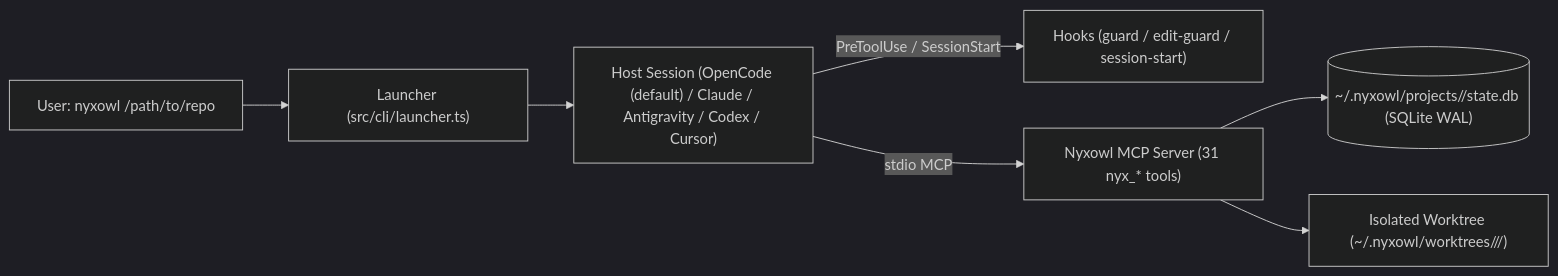
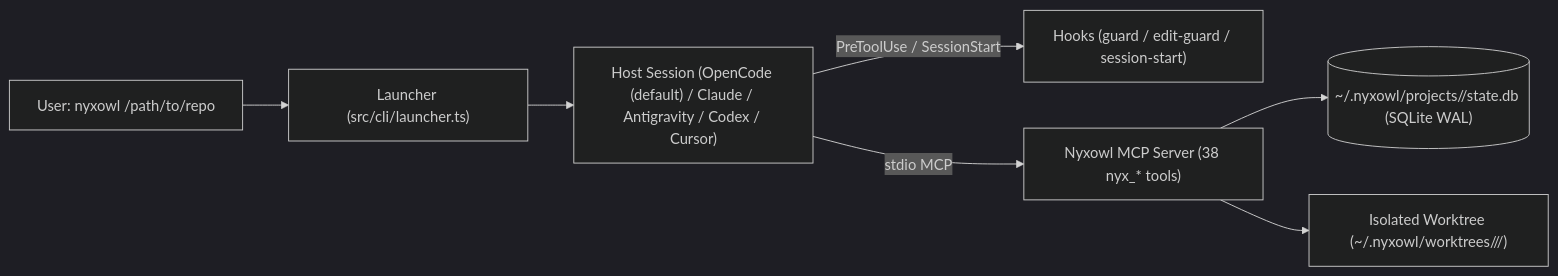
Before and after one commit to nightowl6am-lab/nyxowl: the diagram in docs/architecture.md, drawn with Mermaid (dark theme). The commit also changed other lines of this file and 47 other files, not shown here.

````diff
--- a/docs/architecture.md
+++ b/docs/architecture.md
@@ -10,9 +10,9 @@
 ```mermaid
 flowchart LR
     U["User: nyxowl /path/to/repo"] --> L["Launcher (src/cli/launcher.ts)"]
     L --> H["Host Session (OpenCode (default) / Claude / Antigravity / Codex / Cursor)"]
     H -- "PreToolUse / SessionStart" --> HK["Hooks (guard / edit-guard / session-start)"]
-    H -- "stdio MCP" --> M["Nyxowl MCP Server (31 nyx_* tools)"]
+    H -- "stdio MCP" --> M["Nyxowl MCP Server (38 nyx_* tools)"]
     M --> DB[("~/.nyxowl/projects/<repo-id>/state.db (SQLite WAL)")]
     M --> WT["Isolated Worktree (~/.nyxowl/worktrees/<repo-id>/<slug>/)"]
 ```
````
